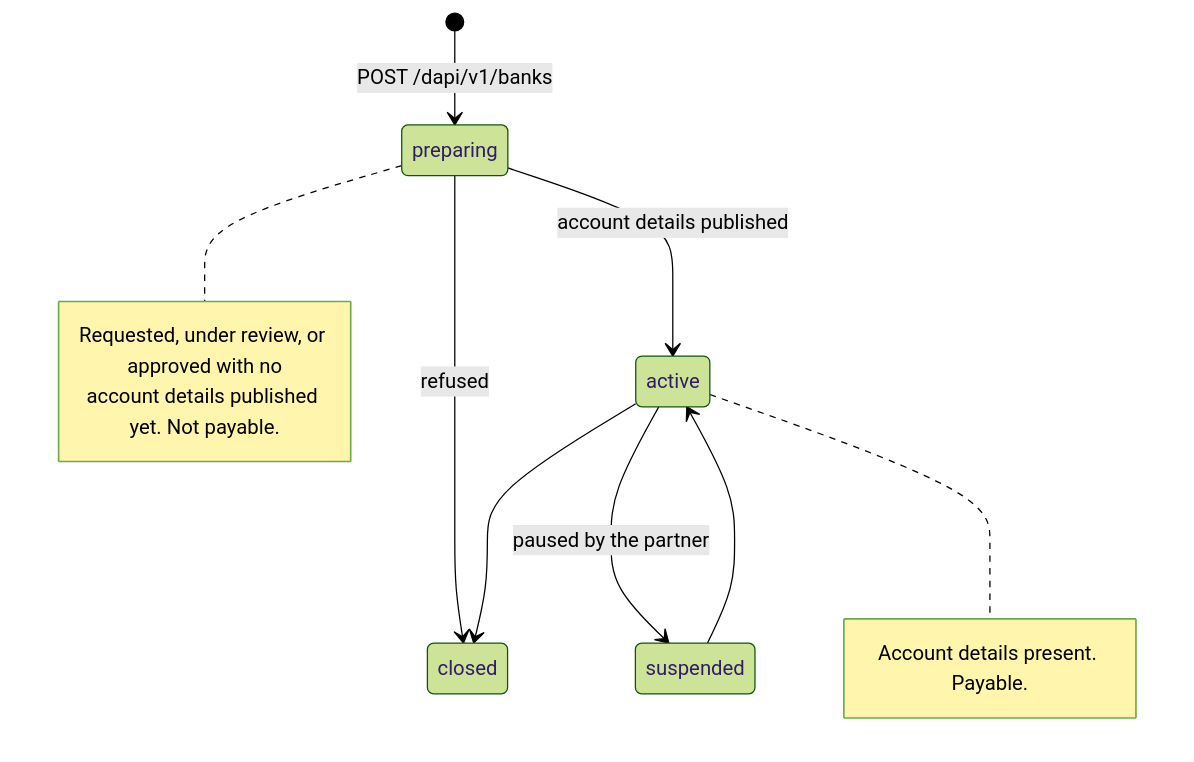
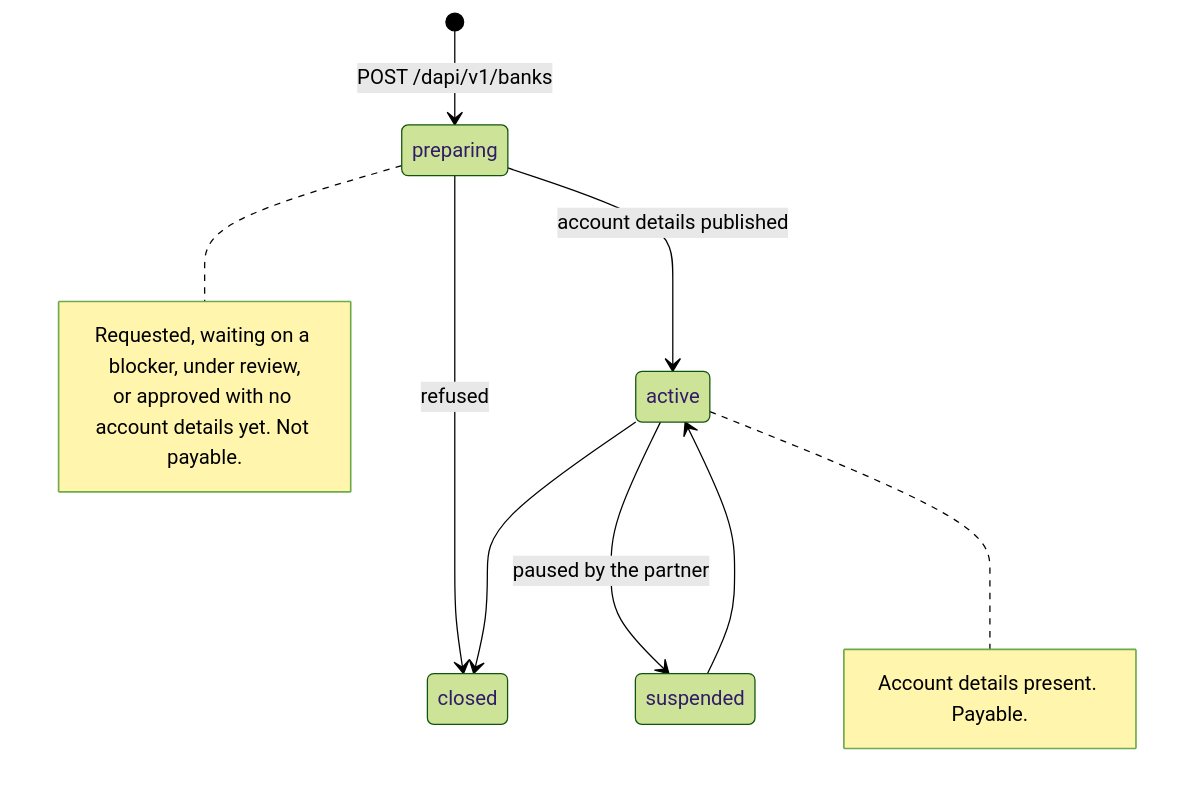
Before and after one commit to hevn-inc/docs: the diagram in whitelabel/virtual-accounts.mdx, drawn with Mermaid (forest theme). The commit also changed other lines of this file and 19 other files, not shown here.

````diff
--- a/whitelabel/virtual-accounts.mdx
+++ b/whitelabel/virtual-accounts.mdx
@@ -94,17 +56,17 @@
 ```mermaid
 stateDiagram-v2
     [*] --> preparing: POST /dapi/v1/banks
     preparing --> active: account details published
     preparing --> closed: refused
     active --> suspended: paused by the partner
     suspended --> active
     active --> closed
 
     note right of preparing
-        Requested, under review, or approved with no
-        account details published yet. Not payable.
+        Requested, waiting on a blocker, under review,
+        or approved with no account details yet. Not payable.
     end note
     note right of active
         Account details present. Payable.
     end note
 ```
````
